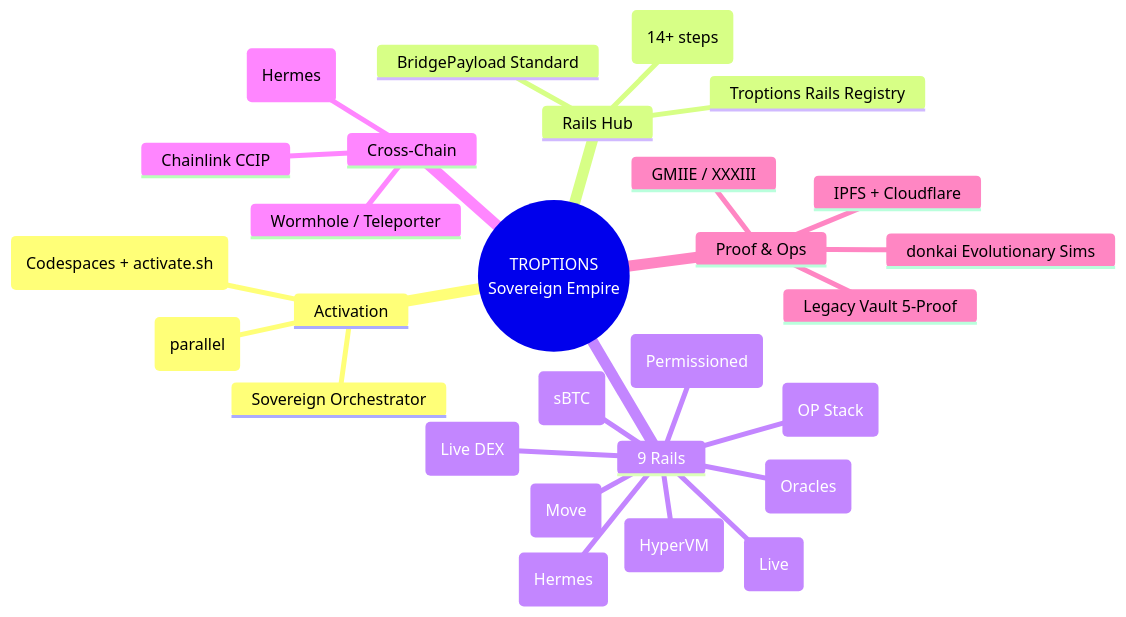
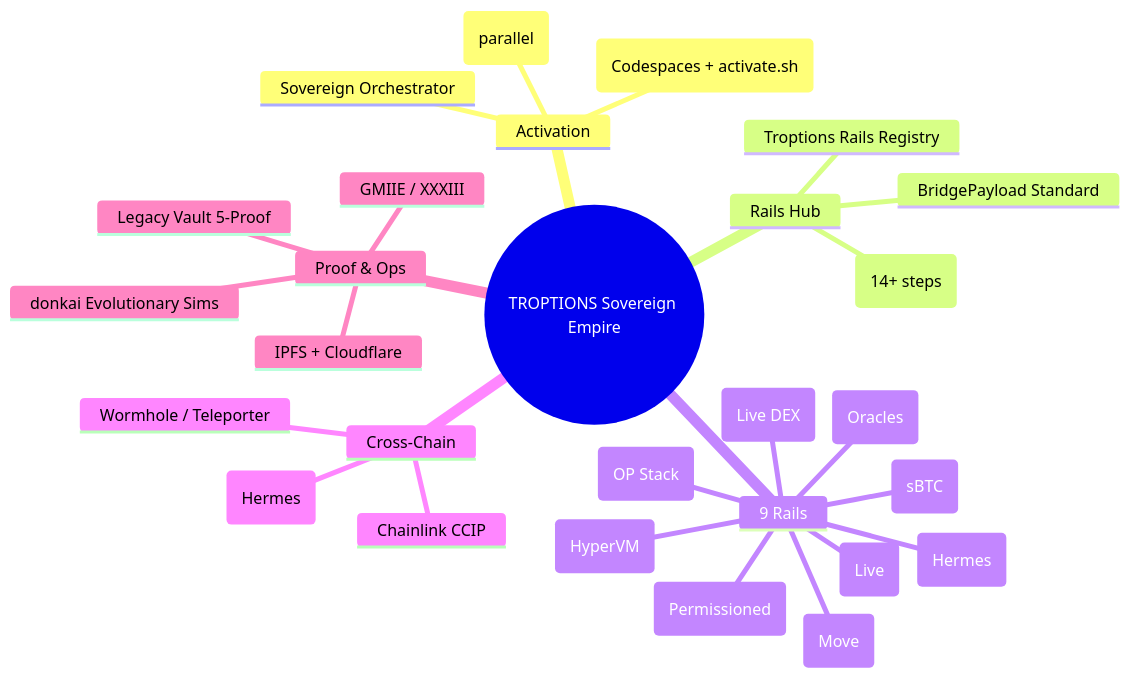
One commit to FTHTrading/troptions-rails changed the first of 2 diagrams in README.md. Above: the diagram before and after it, drawn with Mermaid. The commit also changed other lines of this file and 2 other files, not shown here.

````diff
--- a/README.md
+++ b/README.md
@@ -101,32 +119,31 @@
 ```mermaid
 mindmap
-  root((TROPTIONS
-  Sovereign Empire))
+  root((TROPTIONS Sovereign Empire))
     Activation
       1-Click (Codespaces + activate.sh)
       Sovereign Orchestrator
       Composer Fast (parallel)
     Rails Hub
       Troptions Rails Registry
       Golden Path (14+ steps)
       BridgePayload Standard
     9 Rails
       Solana (Live)
       Avalanche (HyperVM)
       Stacks (sBTC)
       Base (OP Stack)
       Sui (Move)
       Cosmos IBC (Hermes)
       XRPL (Live DEX)
       Besu (Permissioned)
       Chainlink (Oracles)
     Cross-Chain
       Wormhole / Teleporter
       IBC (Hermes)
       Chainlink CCIP
     Proof & Ops
       IPFS + Cloudflare
       GMIIE / XXXIII
       Legacy Vault 5-Proof
       donkai Evolutionary Sims
 ```
````
